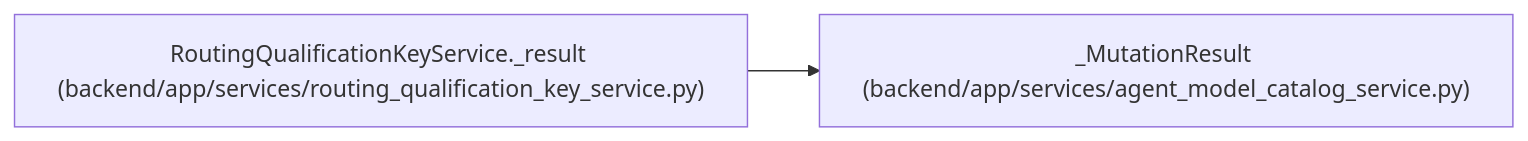
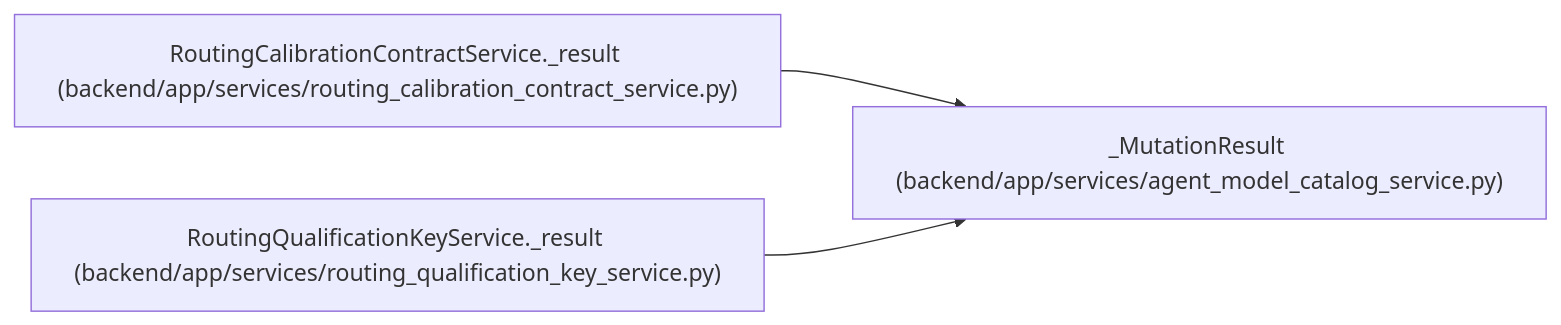
Before and after one commit to Denissvgn/WorkChord: the diagram in docs/llm_wiki/entities/MutationResult.md, drawn with Mermaid. The commit also changed other lines of this file and 836 other files, not shown here.

Commit message:
Sync the architectural wiki for the calibration contract

````diff
--- a/docs/llm_wiki/entities/MutationResult.md
+++ b/docs/llm_wiki/entities/MutationResult.md
@@ -32,8 +32,11 @@
 ```mermaid
 flowchart LR
     n0["_MutationResult (backend/app/services/agent_model_catalog_service.py)"]
-    n1["RoutingQualificationKeyService._result (backend/app/services/routing_qualification_key_service.py)"]
+    n1["RoutingCalibrationContractService._result (backend/app/services/routing_calibration_contract_service.py)"]
+    n2["RoutingQualificationKeyService._result (backend/app/services/routing_qualification_key_service.py)"]
     n1 --> n0
+    n2 --> n0
     click n0 "../modules/agent_model_catalog_service.md"
-    click n1 "../modules/routing_qualification_key_service.md"
+    click n1 "../modules/routing_calibration_contract_service.md"
+    click n2 "../modules/routing_qualification_key_service.md"
 ```
````
